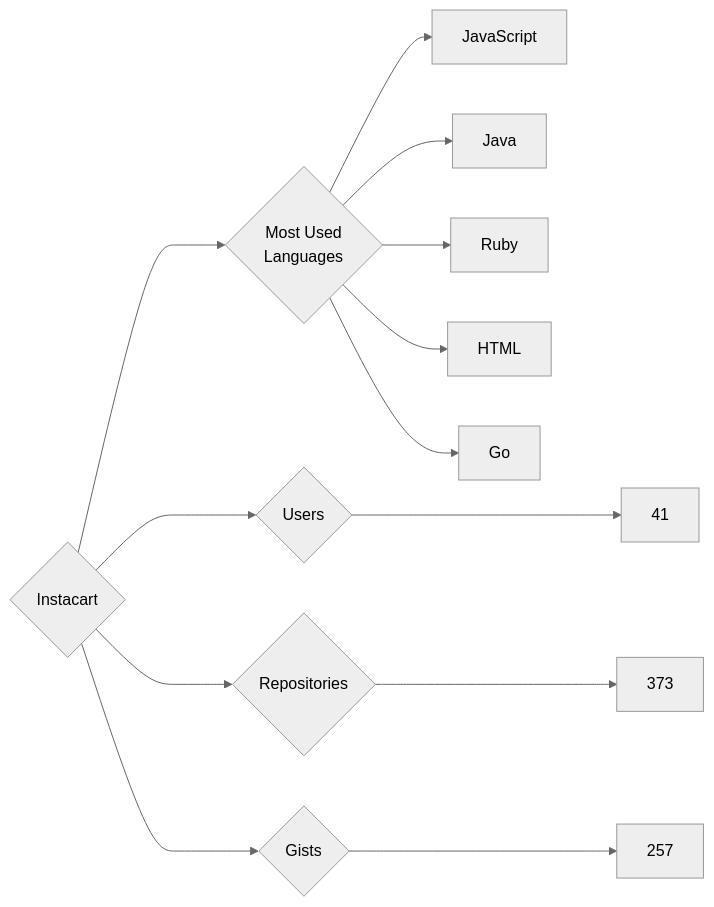
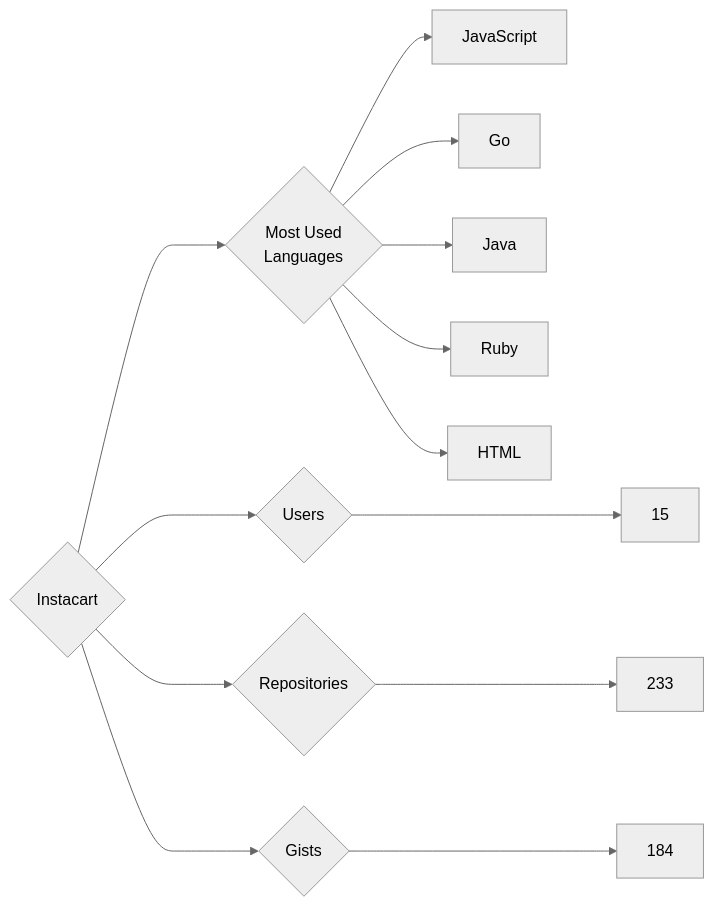
The diagram in targets/Instacart/README.md (trickest/insiders), drawn with Mermaid (neutral theme) before and after one commit. The commit also changed 809 other files, not shown here.

````diff
--- a/targets/Instacart/README.md
+++ b/targets/Instacart/README.md
@@ -3,13 +3,13 @@
 ```mermaid
 graph LR
 COMPANY_NAME{Instacart}
-COMPANY_NAME ---> U{Users} ---> UN[41]
-COMPANY_NAME ---> R{Repositories} ---> RN[373]
-COMPANY_NAME ---> G{Gists} ---> GN[257]
+COMPANY_NAME ---> U{Users} ---> UN[15]
+COMPANY_NAME ---> R{Repositories} ---> RN[233]
+COMPANY_NAME ---> G{Gists} ---> GN[184]
 COMPANY_NAME ---> ML{Most Used<br>Languages}
 ML --> JavaScript[JavaScript]
+ML --> Go[Go]
 ML --> Java[Java]
 ML --> Ruby[Ruby]
 ML --> HTML[HTML]
-ML --> Go[Go]
 ```
````
